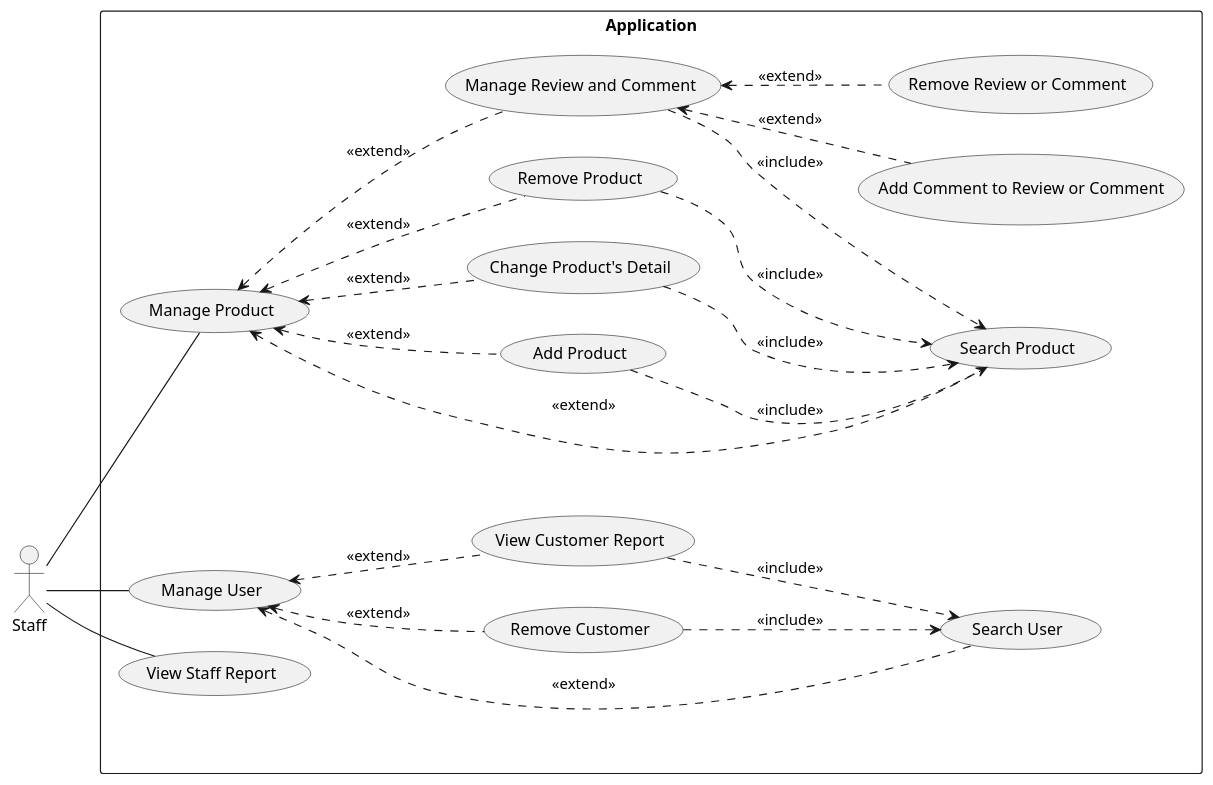
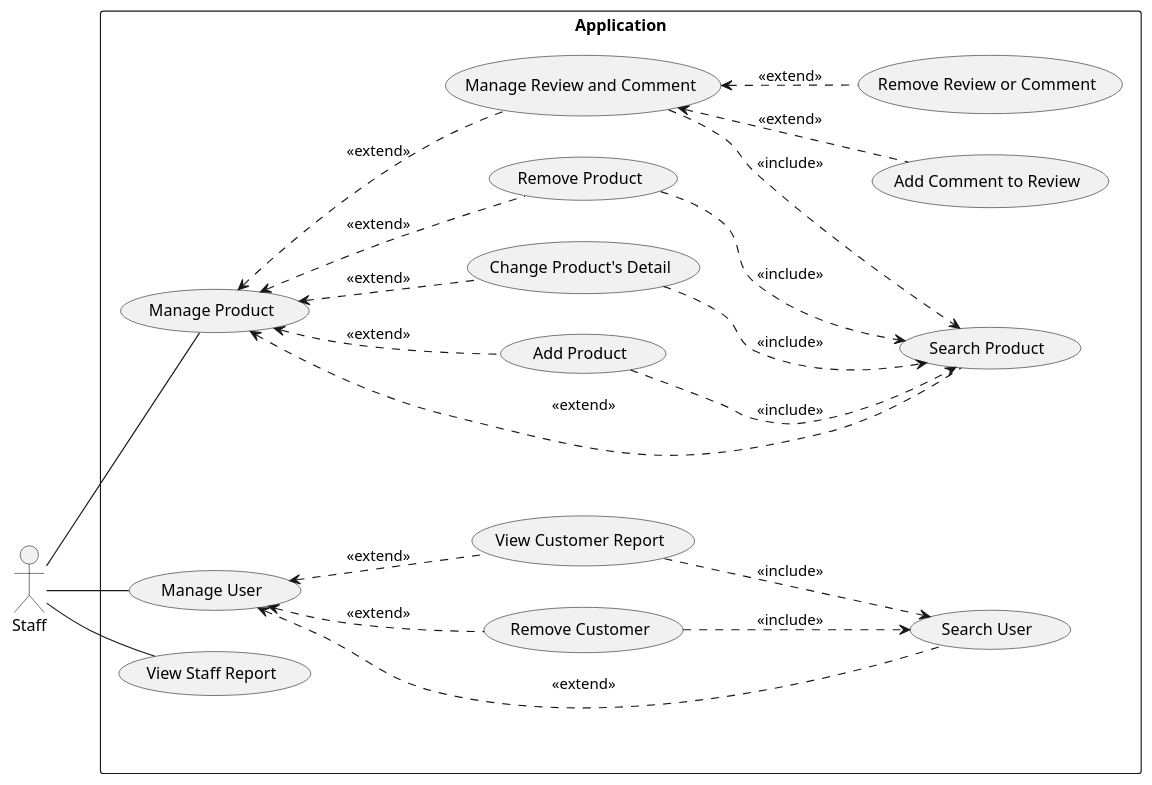
The diagram in docs/docs/use-case/staff.md (electricilies/electricilies.github.io), drawn with PlantUML before and after one commit. The commit also changed 11 other files, not shown here.

Commit message:
feat(sequence): manage cart

````diff
--- a/docs/docs/use-case/staff.md
+++ b/docs/docs/use-case/staff.md
@@ -3,44 +3,44 @@
 ```plantuml
 @startuml
 left to right direction
 actor Staff
 
 rectangle "Application" {
   usecase UC01 as "Manage Product"
   usecase UC02 as "Search Product"
   usecase UC03 as "Add Product"
   usecase UC04 as "Change Product's Detail"
   usecase UC05 as "Remove Product"
   usecase UC06 as "Manage Review and Comment"
-  usecase UC07 as "Add Comment to Review or Comment"
+  usecase UC07 as "Add Comment to Review"
   usecase UC08 as "Remove Review or Comment"
   usecase UC09 as "Manage User"
   usecase UC10 as "Search User"
   usecase UC11 as "Remove Customer"
   usecase UC12 as "View Customer Report"
   usecase UC13 as "View Staff Report"
 }
 
 Staff -- UC01
 Staff -- UC09
 Staff -- UC13
 
 UC01 <.. UC02 : <<extend>>
 UC01 <.. UC03 : <<extend>>
 UC01 <.. UC04 : <<extend>>
 UC01 <.. UC05 : <<extend>>
 UC01 <.. UC06 : <<extend>>
 UC03 ..> UC02 : <<include>>
 UC04 ..> UC02 : <<include>>
 UC05 ..> UC02 : <<include>>
 UC06 ..> UC02 : <<include>>
 UC06 <.. UC07 : <<extend>>
 UC06 <.. UC08 : <<extend>>
 UC09 <.. UC10 : <<extend>>
 UC09 <.. UC11 : <<extend>>
 UC09 <.. UC12 : <<extend>>
 UC11 ..> UC10 : <<include>>
 UC12 ..> UC10 : <<include>>
 
 @enduml
 ```
````
